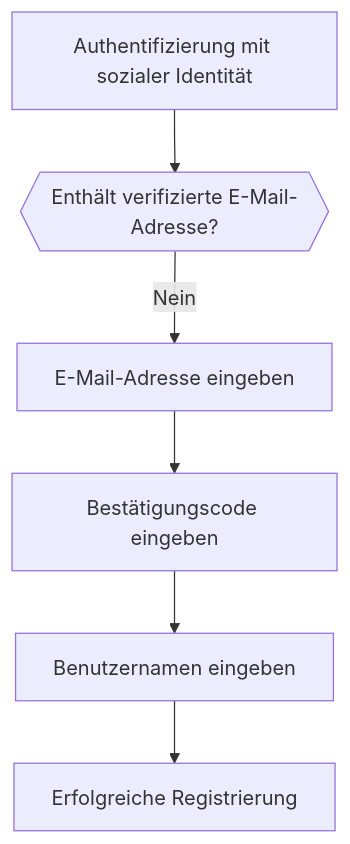
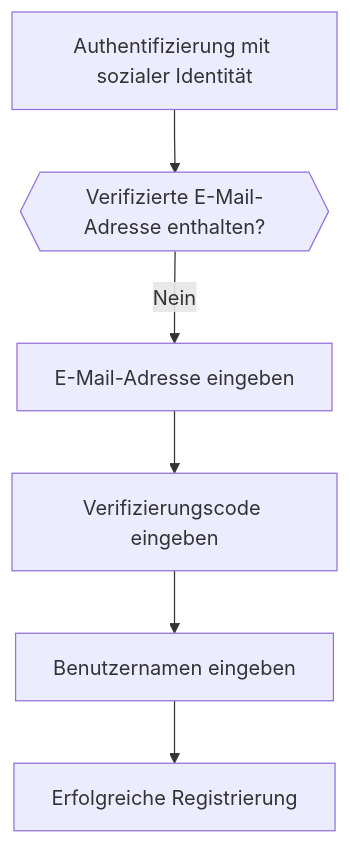
One commit to logto-io/docs changed the fourth of 6 diagrams in i18n/de/docusaurus-plugin-content-docs/current/end-user-flows/sign-up-and-sign-in/social-sign-in.mdx. Above: the diagram before and after it, drawn with Mermaid. The commit also changed other lines of this file and 59 other files, not shown here.

````diff
--- a/i18n/de/docusaurus-plugin-content-docs/current/end-user-flows/sign-up-and-sign-in/social-sign-in.mdx
+++ b/i18n/de/docusaurus-plugin-content-docs/current/end-user-flows/sign-up-and-sign-in/social-sign-in.mdx
@@ -146,8 +121,8 @@
    ```mermaid
    flowchart TD
-      A[Authentifizierung mit sozialer Identität] --> B{{Enthält verifizierte E-Mail-Adresse?}}
+      A[Authentifizierung mit sozialer Identität] --> B{{Verifizierte E-Mail-Adresse enthalten?}}
       B -- Nein --> C[E-Mail-Adresse eingeben]
-      C --> D[Bestätigungscode eingeben]
+      C --> D[Verifizierungscode eingeben]
       D --> E[Benutzernamen eingeben]
       E --> F[Erfolgreiche Registrierung]
    ```
````
